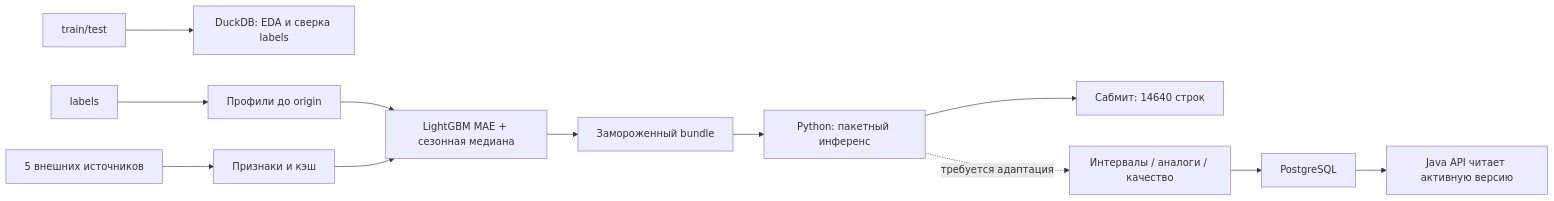
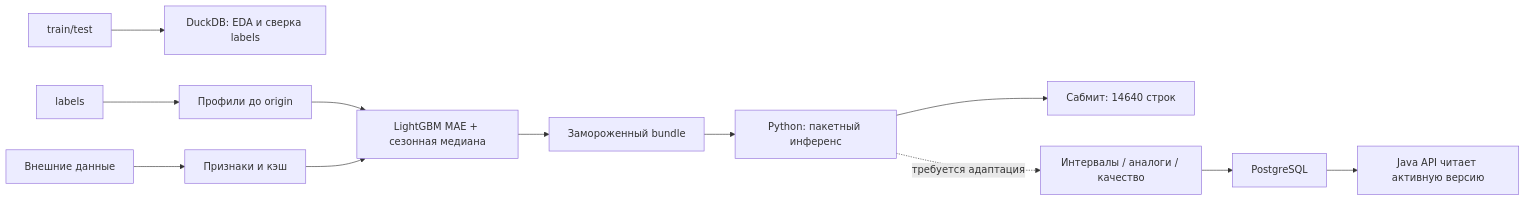
The diagram in ml/ARCHITECTURE.md (alieneth/tram-passenger-forecast), drawn with Mermaid before and after one commit. The commit also changed other lines of this file and 46 other files, not shown here.

````diff
--- a/ml/ARCHITECTURE.md
+++ b/ml/ARCHITECTURE.md
@@ -3,14 +3,14 @@
 ```mermaid
 flowchart LR
   Raw[train/test] --> Audit[DuckDB: EDA и сверка labels]
   Labels[labels] --> Profiles[Профили до origin]
-  External[5 внешних источников] --> Features[Признаки и кэш]
+  External[Внешние данные] --> Features[Признаки и кэш]
   Profiles --> Fit[LightGBM MAE + сезонная медиана]
   Features --> Fit
   Fit --> Bundle[Замороженный bundle]
   Bundle --> Predict[Python: пакетный инференс]
   Predict --> CSV[Сабмит: 14640 строк]
   Predict -. требуется адаптация .-> Rows[Интервалы / аналоги / качество]
   Rows --> PG[PostgreSQL]
   PG --> Java[Java API читает активную версию]
 ```
````
